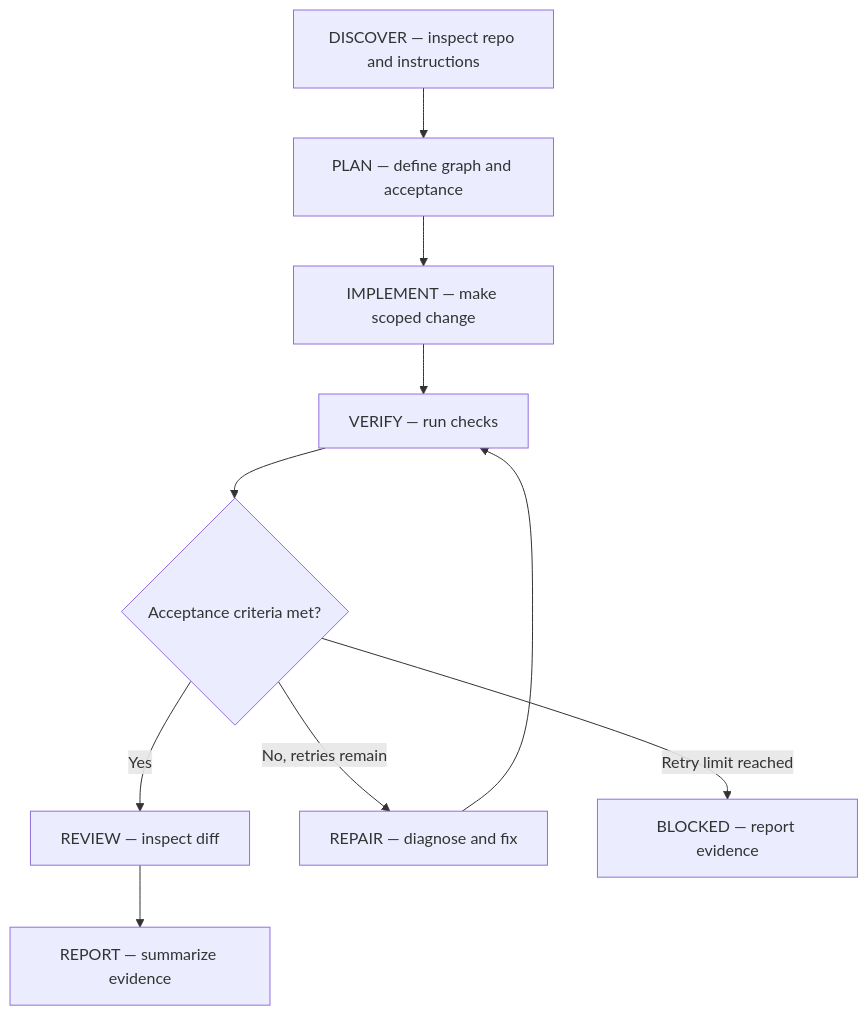
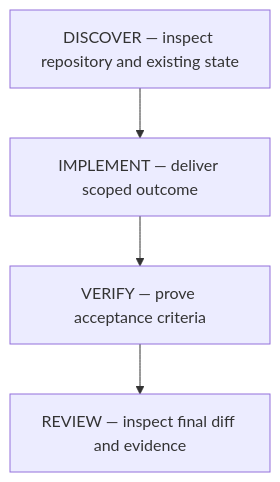
The diagram in .ghdl/templates/graph.md (DannyNs/ghdl), drawn with Mermaid before and after one commit. The commit also changed other lines of this file and 16 other files, not shown here.

Commit message:
GHDL Continuous Flow added

````diff
--- a/.ghdl/templates/graph.md
+++ b/.ghdl/templates/graph.md
@@ -7,12 +10,6 @@
 ```mermaid
 flowchart TD
-  A["DISCOVER — inspect repo and instructions"] --> B["PLAN — define graph and acceptance"]
-  B --> C["IMPLEMENT — make scoped change"]
-  C --> D["VERIFY — run checks"]
-  D --> E{"Acceptance criteria met?"}
-  E -->|Yes| F["REVIEW — inspect diff"]
-  F --> G["REPORT — summarize evidence"]
-  E -->|No, retries remain| H["REPAIR — diagnose and fix"]
-  H --> D
-  E -->|Retry limit reached| I["BLOCKED — report evidence"]
+    DISCOVER["DISCOVER — inspect repository and existing state"] --> IMPLEMENT["IMPLEMENT — deliver scoped outcome"]
+    IMPLEMENT --> VERIFY["VERIFY — prove acceptance criteria"]
+    VERIFY --> REVIEW["REVIEW — inspect final diff and evidence"]
 ```
````
